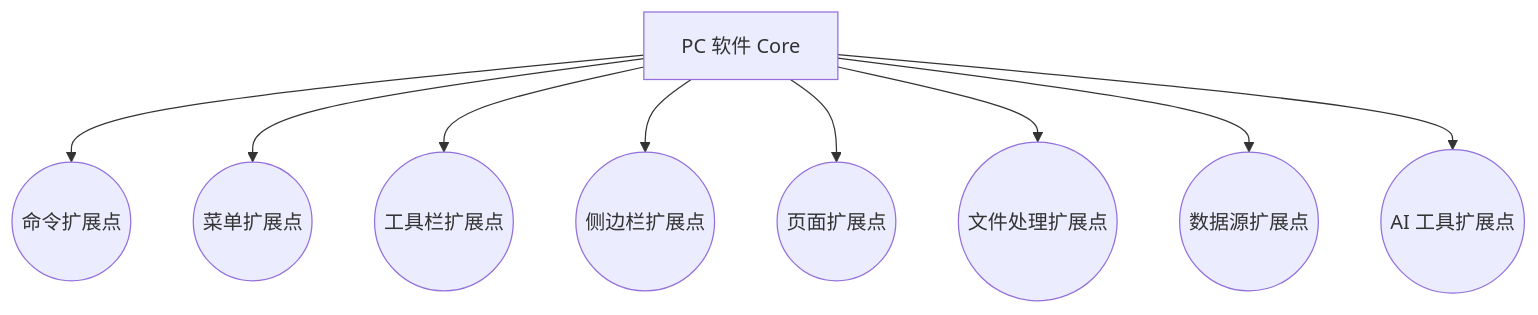
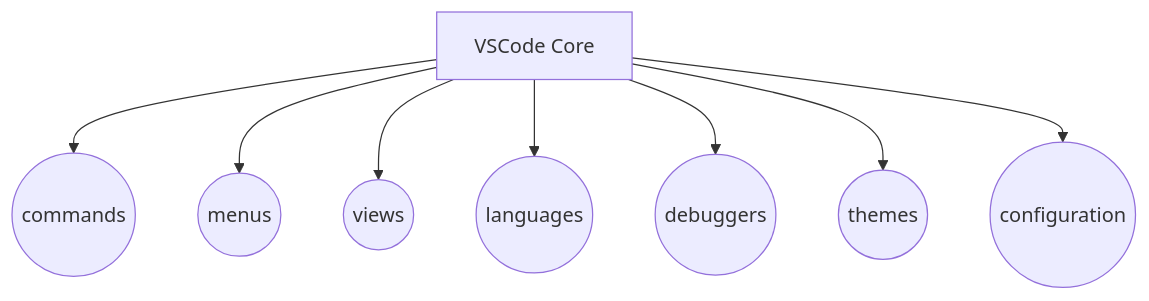
One commit to XiaoYang1127/dev-doc changed the fourth of 8 diagrams in job/mod/pc-plugin-vscode.md. Above: the diagram before and after it, drawn with Mermaid. The commit also changed other lines of this file and 5 other files, not shown here.

````diff
--- a/job/mod/pc-plugin-vscode.md
+++ b/job/mod/pc-plugin-vscode.md
@@ -221,11 +209,10 @@
 ```mermaid
 flowchart TB
-    Core[PC 软件 Core] --> Command((命令扩展点))
-    Core --> Menu((菜单扩展点))
-    Core --> Toolbar((工具栏扩展点))
-    Core --> Sidebar((侧边栏扩展点))
-    Core --> Page((页面扩展点))
-    Core --> File((文件处理扩展点))
-    Core --> Data((数据源扩展点))
-    Core --> AI((AI 工具扩展点))
+    Core[VSCode Core] --> Command((commands))
+    Core --> Menu((menus))
+    Core --> View((views))
+    Core --> Lang((languages))
+    Core --> Debug((debuggers))
+    Core --> Theme((themes))
+    Core --> Config((configuration))
 ```
````
